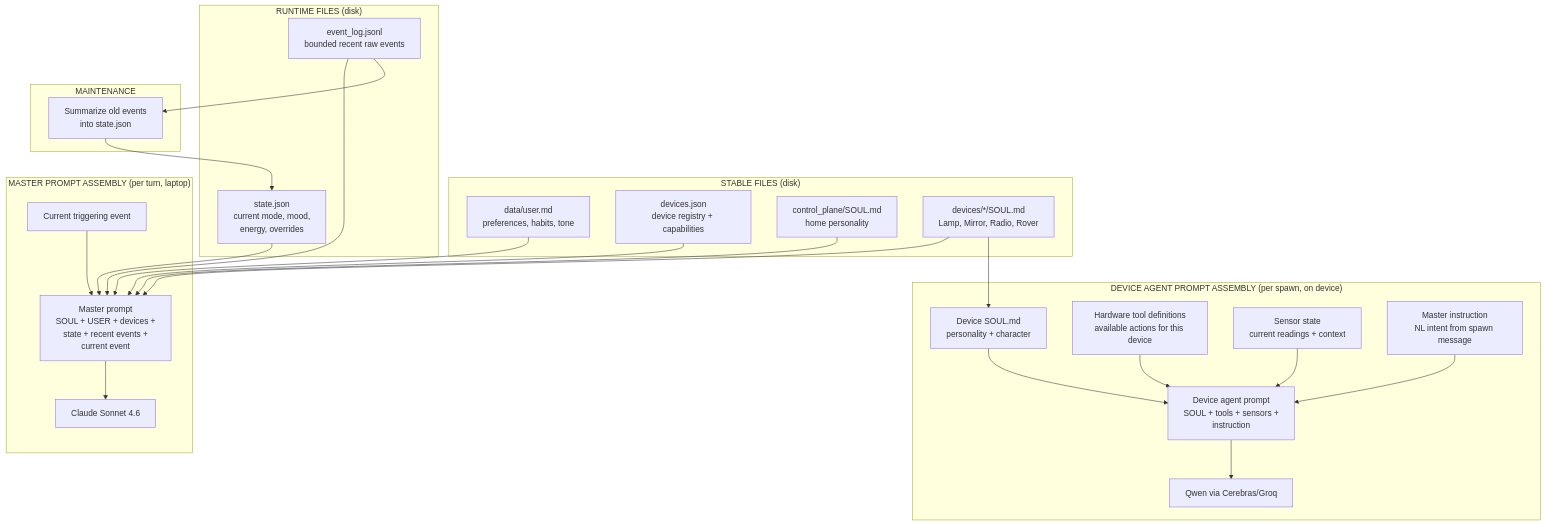
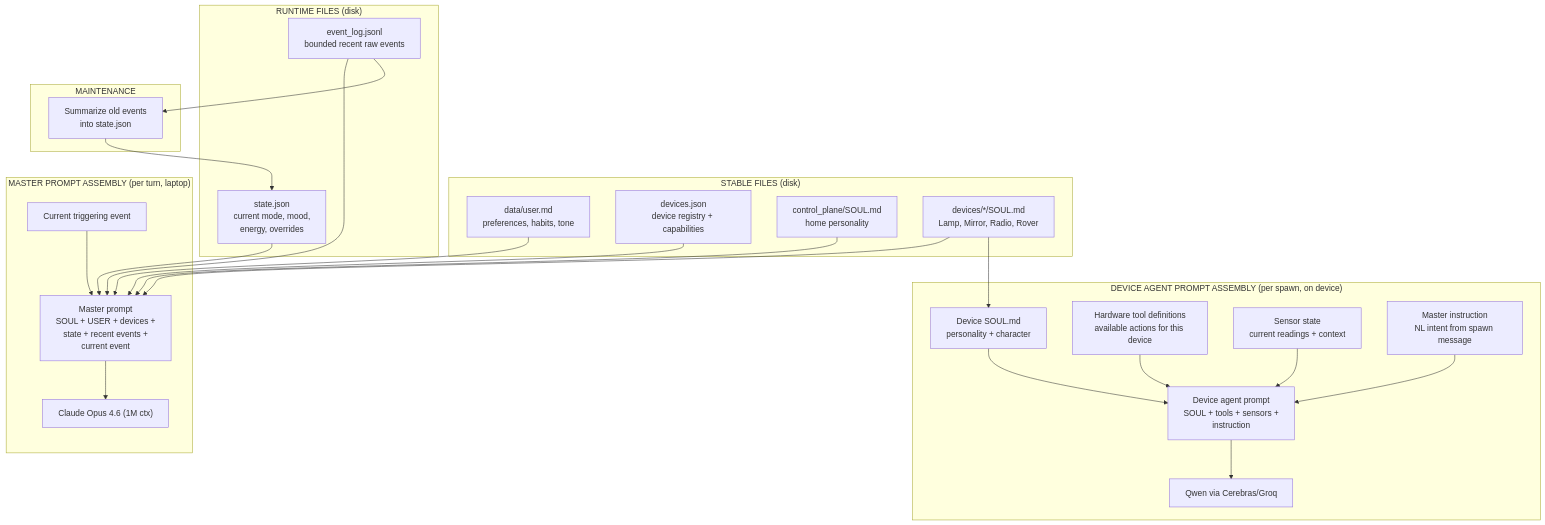
Before and after one commit to matthieujules/MIT-HARDMODE-WINNER: the diagram in docs/architecture/memory-architecture.mmd, drawn with Mermaid. The commit also changed 5 other files, not shown here.

```diff
--- a/docs/architecture/memory-architecture.mmd
+++ b/docs/architecture/memory-architecture.mmd
@@ -1,53 +1,53 @@
 graph TB
     subgraph STABLE["STABLE FILES (disk)"]
         user["data/user.md<br/>preferences, habits, tone"]
         devices["devices.json<br/>device registry + capabilities"]
         master_soul["control_plane/SOUL.md<br/>home personality"]
         device_souls["devices/*/SOUL.md<br/>Lamp, Mirror, Radio, Rover"]
     end
 
     subgraph RUNTIME["RUNTIME FILES (disk)"]
         state["state.json<br/>current mode, mood,<br/>energy, overrides"]
         events["event_log.jsonl<br/>bounded recent raw events"]
     end
 
     subgraph MASTER_TURN["MASTER PROMPT ASSEMBLY (per turn, laptop)"]
         m_current["Current triggering event"]
         m_prompt["Master prompt<br/>SOUL + USER + devices +<br/>state + recent events +<br/>current event"]
-        m_model["Claude Sonnet 4.6"]
+        m_model["Claude Opus 4.6 (1M ctx)"]
     end
 
     subgraph DEVICE_TURN["DEVICE AGENT PROMPT ASSEMBLY (per spawn, on device)"]
         d_soul["Device SOUL.md<br/>personality + character"]
         d_tools["Hardware tool definitions<br/>available actions for this device"]
         d_sensors["Sensor state<br/>current readings + context"]
         d_instruction["Master instruction<br/>NL intent from spawn message"]
         d_prompt["Device agent prompt<br/>SOUL + tools + sensors +<br/>instruction"]
         d_model["Qwen via Cerebras/Groq"]
     end
 
     subgraph MAINT["MAINTENANCE"]
         summarize["Summarize old events<br/>into state.json"]
     end
 
     %% Master prompt assembly
     user --> m_prompt
     devices --> m_prompt
     master_soul --> m_prompt
     device_souls --> m_prompt
     state --> m_prompt
     events --> m_prompt
     m_current --> m_prompt
     m_prompt --> m_model
 
     %% Device agent prompt assembly
     device_souls --> d_soul
     d_soul --> d_prompt
     d_tools --> d_prompt
     d_sensors --> d_prompt
     d_instruction --> d_prompt
     d_prompt --> d_model
 
     %% Maintenance
     events --> summarize
     summarize --> state
```
